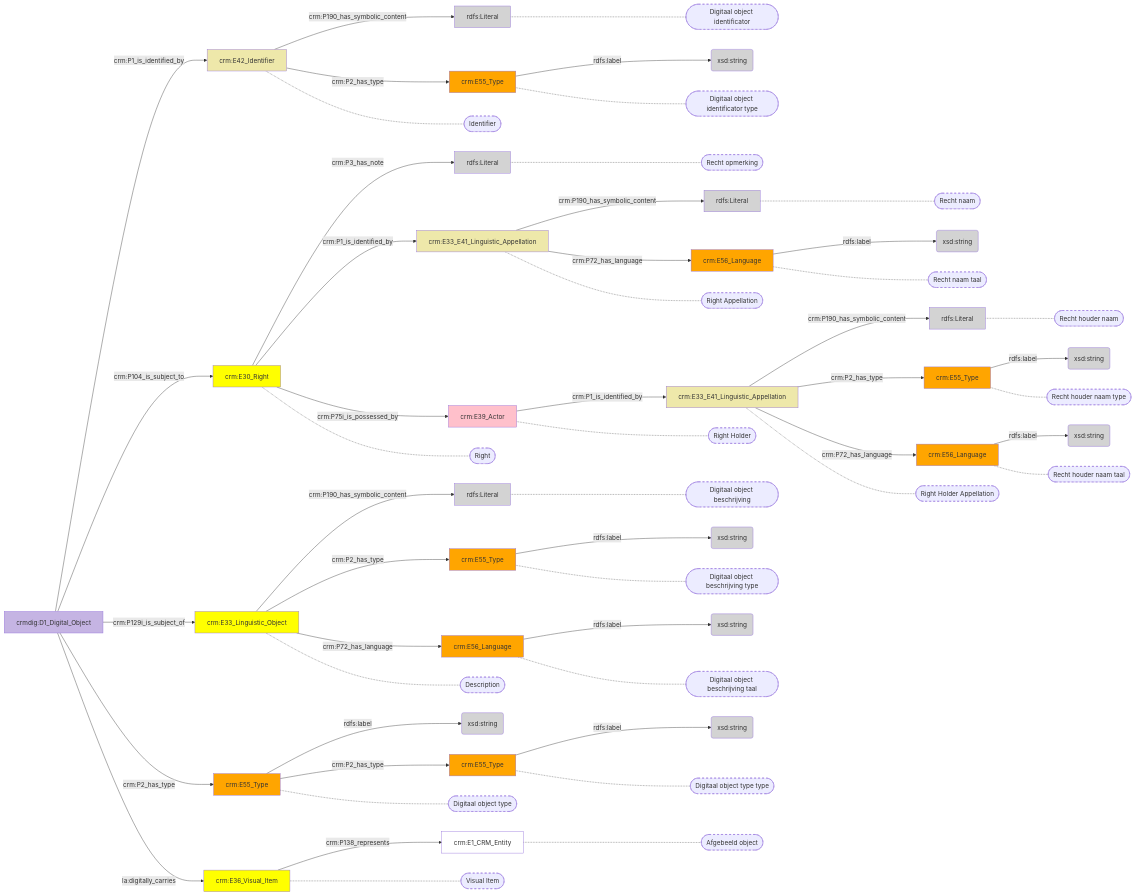
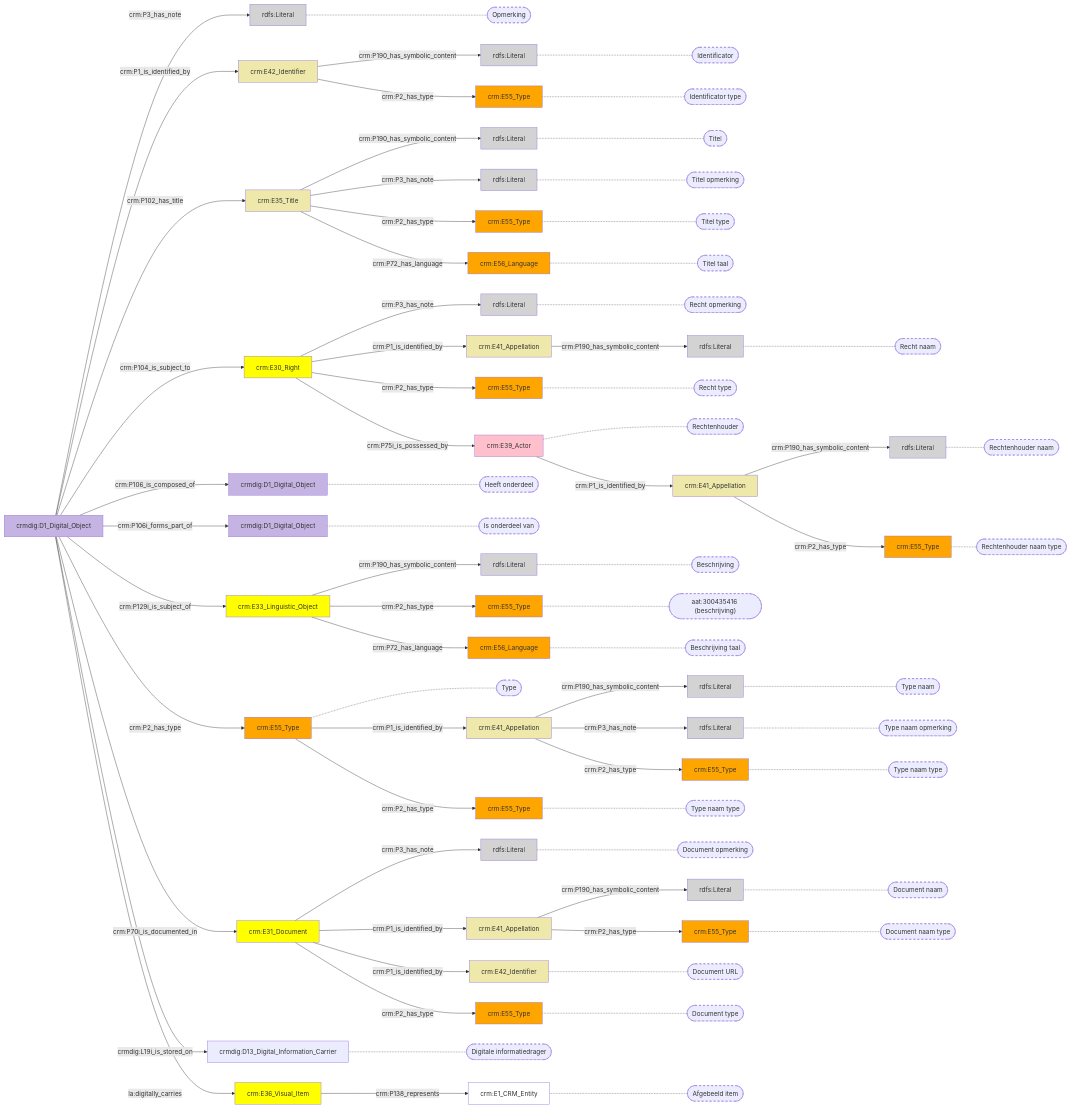
One commit to digipolisantwerpdocumentation/antwerp-cultureel-erfgoed changed the diagram in docs/content/modellen/DigitalObject.md. Above: the diagram before and after it, drawn with Mermaid. The commit also changed 170 other files, not shown here.

````diff
--- a/docs/content/modellen/DigitalObject.md
+++ b/docs/content/modellen/DigitalObject.md
@@ -1,34 +1,127 @@
 ```mermaid
 graph LR
+style 015cd780-44e6-11ef-85a7-960002548b4f fill:#EEE8AA
+style 015cdfd0-44e6-11ef-884b-960002548b4f fill:#D3D3D3
+style 015ce2c7-44e6-11ef-b606-960002548b4f fill:#ffa500
+style 015ce42f-44e6-11ef-aef4-960002548b4f fill:#D3D3D3
+style 015ce616-44e6-11ef-9fbd-960002548b4f fill:#ffa500
+style 09a8b8cd-3915-11ef-99eb-960002548b4f fill:#ffa500
+style 09a8be6b-3915-11ef-8480-960002548b4f fill:#ffa500
+style 09a8c27c-3915-11ef-bcfe-960002548b4f fill:#EEE8AA
+style 09a8c64d-3915-11ef-ae4c-960002548b4f fill:#ffff00
+style 09a8ca26-3915-11ef-9c46-960002548b4f fill:#D3D3D3
+style 09a8ccc6-3915-11ef-8ef3-960002548b4f fill:#D3D3D3
+style 09a8cef4-3915-11ef-80d7-960002548b4f fill:#EEE8AA
+style 18458e43-4443-11ef-a2db-960002548b4f fill:#C5B4E3
+style 42224a4d-4443-11ef-9b4a-960002548b4f fill:#C5B4E3
+style 8fd5a5a9-44eb-11ef-8c5b-960002548b4f fill:#EEE8AA
+style 8fd5a9c4-44eb-11ef-98bb-960002548b4f fill:#D3D3D3
+style 8fd5ab2c-44eb-11ef-a9ce-960002548b4f fill:#D3D3D3
+style 8fd5ac54-44eb-11ef-87ed-960002548b4f fill:#ffa500
+style ad7f9832-04fa-11ee-9497-96a6d2455259 fill:#EEE8AA
+style ad7fa020-04fa-11ee-9497-96a6d2455259 fill:#ffff00
+style ad7fa3fe-04fa-11ee-9497-96a6d2455259 fill:#ffa500
+style ad7fa7aa-04fa-11ee-9497-96a6d2455259 fill:#ffff00
+style ad7fab56-04fa-11ee-9497-96a6d2455259 fill:#ffff00
+style ad7fb196-04fa-11ee-9497-96a6d2455259 fill:#D3D3D3
+style ad7fb2a4-04fa-11ee-9497-96a6d2455259 fill:#ffa500
+style ad7fb3a8-04fa-11ee-9497-96a6d2455259 fill:#C5B4E3
+style ad7fb48e-04fa-11ee-9497-96a6d2455259 fill:#ffffff
+style ad7fb5ba-04fa-11ee-9497-96a6d2455259 fill:#D3D3D3
+style ad7fb7ea-04fa-11ee-9497-96a6d2455259 fill:#ffa500
+style ad7fb9fc-04fa-11ee-9497-96a6d2455259 fill:#ffa500
+style ad7fbb14-04fa-11ee-9497-96a6d2455259 fill:#ffa500
+style ad7fbe3e-04fa-11ee-9497-96a6d2455259 fill:#ffa500
+style ad7fbf56-04fa-11ee-9497-96a6d2455259 fill:#D3D3D3
+style ad7fc17c-04fa-11ee-9497-96a6d2455259 fill:#ffc0cb
+style ad7fc398-04fa-11ee-9497-96a6d2455259 fill:#EEE8AA
+style ad7fc49c-04fa-11ee-9497-96a6d2455259 fill:#D3D3D3
+style ad7fc7b2-04fa-11ee-9497-96a6d2455259 fill:#D3D3D3
+style ad7fc8ac-04fa-11ee-9497-96a6d2455259 fill:#EEE8AA
+style ba1444e7-44eb-11ef-b56c-960002548b4f fill:#D3D3D3
+style dd0dfa04-b08b-11ee-a0af-960002548b4f fill:#ffa500
+015cd780-44e6-11ef-85a7-960002548b4f["crm:E35_Title"]-->|"crm:P190_has_symbolic_content"|015ce42f-44e6-11ef-aef4-960002548b4f(rdfs:Literal)
+015cd780-44e6-11ef-85a7-960002548b4f["crm:E35_Title"]-->|"crm:P3_has_note"|015cdfd0-44e6-11ef-884b-960002548b4f(rdfs:Literal)
+09a8c27c-3915-11ef-bcfe-960002548b4f["crm:E41_Appellation"]-->|"crm:P190_has_symbolic_content"|09a8ca26-3915-11ef-9c46-960002548b4f(rdfs:Literal)
+09a8c64d-3915-11ef-ae4c-960002548b4f["crm:E31_Document"]-->|"crm:P3_has_note"|09a8ccc6-3915-11ef-8ef3-960002548b4f(rdfs:Literal)
+8fd5a5a9-44eb-11ef-8c5b-960002548b4f["crm:E41_Appellation"]-->|"crm:P190_has_symbolic_content"|8fd5ab2c-44eb-11ef-a9ce-960002548b4f(rdfs:Literal)
+8fd5a5a9-44eb-11ef-8c5b-960002548b4f["crm:E41_Appellation"]-->|"crm:P3_has_note"|8fd5a9c4-44eb-11ef-98bb-960002548b4f(rdfs:Literal)
 ad7f9832-04fa-11ee-9497-96a6d2455259["crm:E42_Identifier"]-->|"crm:P190_has_symbolic_content"|ad7fb196-04fa-11ee-9497-96a6d2455259(rdfs:Literal)
 ad7fa020-04fa-11ee-9497-96a6d2455259["crm:E33_Linguistic_Object"]-->|"crm:P190_has_symbolic_content"|ad7fb5ba-04fa-11ee-9497-96a6d2455259(rdfs:Literal)
-ad7fa3fe-04fa-11ee-9497-96a6d2455259["crm:E55_Type"]-->|"rdfs:label"|ad7fbd30-04fa-11ee-9497-96a6d2455259(xsd:string)
 ad7fab56-04fa-11ee-9497-96a6d2455259["crm:E30_Right"]-->|"crm:P3_has_note"|ad7fc7b2-04fa-11ee-9497-96a6d2455259(rdfs:Literal)
-ad7faeda-04fa-11ee-9497-96a6d2455259["crm:E56_Language"]-->|"rdfs:label"|ad7fc28a-04fa-11ee-9497-96a6d2455259(xsd:string)
-ad7fb2a4-04fa-11ee-9497-96a6d2455259["crm:E55_Type"]-->|"rdfs:label"|ad7fb074-04fa-11ee-9497-96a6d2455259(xsd:string)
-ad7fb7ea-04fa-11ee-9497-96a6d2455259["crm:E55_Type"]-->|"rdfs:label"|ad7fb6d2-04fa-11ee-9497-96a6d2455259(xsd:string)
-ad7fb9fc-04fa-11ee-9497-96a6d2455259["crm:E56_Language"]-->|"rdfs:label"|ad7fb8ee-04fa-11ee-9497-96a6d2455259(xsd:string)
-ad7fbb14-04fa-11ee-9497-96a6d2455259["crm:E55_Type"]-->|"rdfs:label"|ad7fbc18-04fa-11ee-9497-96a6d2455259(xsd:string)
-ad7fbe3e-04fa-11ee-9497-96a6d2455259["crm:E55_Type"]-->|"rdfs:label"|ad7fc05a-04fa-11ee-9497-96a6d2455259(xsd:string)
-ad7fc398-04fa-11ee-9497-96a6d2455259["crm:E33_E41_Linguistic_Appellation"]-->|"crm:P190_has_symbolic_content"|ad7fc49c-04fa-11ee-9497-96a6d2455259(rdfs:Literal)
-ad7fc5a0-04fa-11ee-9497-96a6d2455259["crm:E56_Language"]-->|"rdfs:label"|ad7fc6a4-04fa-11ee-9497-96a6d2455259(xsd:string)
-ad7fc8ac-04fa-11ee-9497-96a6d2455259["crm:E33_E41_Linguistic_Appellation"]-->|"crm:P190_has_symbolic_content"|ad7fbf56-04fa-11ee-9497-96a6d2455259(rdfs:Literal)
+ad7fb3a8-04fa-11ee-9497-96a6d2455259["crmdig:D1_Digital_Object"]-->|"crm:P3_has_note"|ba1444e7-44eb-11ef-b56c-960002548b4f(rdfs:Literal)
+ad7fc398-04fa-11ee-9497-96a6d2455259["crm:E41_Appellation"]-->|"crm:P190_has_symbolic_content"|ad7fc49c-04fa-11ee-9497-96a6d2455259(rdfs:Literal)
+ad7fc8ac-04fa-11ee-9497-96a6d2455259["crm:E41_Appellation"]-->|"crm:P190_has_symbolic_content"|ad7fbf56-04fa-11ee-9497-96a6d2455259(rdfs:Literal)
+015ce42f-44e6-11ef-aef4-960002548b4f["rdfs:Literal"]-.-015ce42f-44e6-11ef-aef4-960002548b4f_s(["Titel"])
+015ce2c7-44e6-11ef-b606-960002548b4f["crm:E55_Type"]-.-015ce2c7-44e6-11ef-b606-960002548b4f_s(["Titel type"])
+015cdfd0-44e6-11ef-884b-960002548b4f["rdfs:Literal"]-.-015cdfd0-44e6-11ef-884b-960002548b4f_s(["Titel opmerking"])
+015ce616-44e6-11ef-9fbd-960002548b4f["crm:E56_Language"]-.-015ce616-44e6-11ef-9fbd-960002548b4f_s(["Titel taal"])
+09a8ca26-3915-11ef-9c46-960002548b4f["rdfs:Literal"]-.-09a8ca26-3915-11ef-9c46-960002548b4f_s(["Document naam"])
+09a8b8cd-3915-11ef-99eb-960002548b4f["crm:E55_Type"]-.-09a8b8cd-3915-11ef-99eb-960002548b4f_s(["Document naam type"])
+09a8cef4-3915-11ef-80d7-960002548b4f["crm:E42_Identifier"]-.-09a8cef4-3915-11ef-80d7-960002548b4f_s(["Document URL"])
+09a8be6b-3915-11ef-8480-960002548b4f["crm:E55_Type"]-.-09a8be6b-3915-11ef-8480-960002548b4f_s(["Document type"])
+09a8ccc6-3915-11ef-8ef3-960002548b4f["rdfs:Literal"]-.-09a8ccc6-3915-11ef-8ef3-960002548b4f_s(["Document opmerking"])
+8fd5ab2c-44eb-11ef-a9ce-960002548b4f["rdfs:Literal"]-.-8fd5ab2c-44eb-11ef-a9ce-960002548b4f_s(["Type naam"])
+8fd5ac54-44eb-11ef-87ed-960002548b4f["crm:E55_Type"]-.-8fd5ac54-44eb-11ef-87ed-960002548b4f_s(["Type naam type"])
+8fd5a9c4-44eb-11ef-98bb-960002548b4f["rdfs:Literal"]-.-8fd5a9c4-44eb-11ef-98bb-960002548b4f_s(["Type naam opmerking"])
+ad7fb196-04fa-11ee-9497-96a6d2455259["rdfs:Literal"]-.-ad7fb196-04fa-11ee-9497-96a6d2455259_s(["Identificator"])
+ad7fb2a4-04fa-11ee-9497-96a6d2455259["crm:E55_Type"]-.-ad7fb2a4-04fa-11ee-9497-96a6d2455259_s(["Identificator type"])
+ad7fb5ba-04fa-11ee-9497-96a6d2455259["rdfs:Literal"]-.-ad7fb5ba-04fa-11ee-9497-96a6d2455259_s(["Beschrijving"])
+ad7fb7ea-04fa-11ee-9497-96a6d2455259["crm:E55_Type"]-.-ad7fb7ea-04fa-11ee-9497-96a6d2455259_s(["aat:300435416 (beschrijving)"])
+ad7fb9fc-04fa-11ee-9497-96a6d2455259["crm:E56_Language"]-.-ad7fb9fc-04fa-11ee-9497-96a6d2455259_s(["Beschrijving taal"])
+ad7fbb14-04fa-11ee-9497-96a6d2455259["crm:E55_Type"]-.-ad7fbb14-04fa-11ee-9497-96a6d2455259_s(["Type naam type"])
+ad7fb48e-04fa-11ee-9497-96a6d2455259["crm:E1_CRM_Entity"]-.-ad7fb48e-04fa-11ee-9497-96a6d2455259_s(["Afgebeeld item"])
+dd0dfa04-b08b-11ee-a0af-960002548b4f["crm:E55_Type"]-.-dd0dfa04-b08b-11ee-a0af-960002548b4f_s(["Recht type"])
+ad7fc7b2-04fa-11ee-9497-96a6d2455259["rdfs:Literal"]-.-ad7fc7b2-04fa-11ee-9497-96a6d2455259_s(["Recht opmerking"])
+ad7fc17c-04fa-11ee-9497-96a6d2455259["crm:E39_Actor"]-.-ad7fc17c-04fa-11ee-9497-96a6d2455259_s(["Rechtenhouder"])
+18458e43-4443-11ef-a2db-960002548b4f["crmdig:D1_Digital_Object"]-.-18458e43-4443-11ef-a2db-960002548b4f_s(["Heeft onderdeel"])
+42224a4d-4443-11ef-9b4a-960002548b4f["crmdig:D1_Digital_Object"]-.-42224a4d-4443-11ef-9b4a-960002548b4f_s(["Is onderdeel van"])
+ad7fa3fe-04fa-11ee-9497-96a6d2455259["crm:E55_Type"]-.-ad7fa3fe-04fa-11ee-9497-96a6d2455259_s(["Type"])
+ba1444e7-44eb-11ef-b56c-960002548b4f["rdfs:Literal"]-.-ba1444e7-44eb-11ef-b56c-960002548b4f_s(["Opmerking"])
+20c867d7-3915-11ef-8cbf-960002548b4f["crmdig:D13_Digital_Information_Carrier"]-.-20c867d7-3915-11ef-8cbf-960002548b4f_s(["Digitale informatiedrager"])
+ad7fc49c-04fa-11ee-9497-96a6d2455259["rdfs:Literal"]-.-ad7fc49c-04fa-11ee-9497-96a6d2455259_s(["Recht naam"])
+ad7fbf56-04fa-11ee-9497-96a6d2455259["rdfs:Literal"]-.-ad7fbf56-04fa-11ee-9497-96a6d2455259_s(["Rechtenhouder naam"])
+ad7fbe3e-04fa-11ee-9497-96a6d2455259["crm:E55_Type"]-.-ad7fbe3e-04fa-11ee-9497-96a6d2455259_s(["Rechtenhouder naam type"])
+015cd780-44e6-11ef-85a7-960002548b4f["crm:E35_Title"]-->|"crm:P2_has_type"|015ce2c7-44e6-11ef-b606-960002548b4f["crm:E55_Type"]
+015cd780-44e6-11ef-85a7-960002548b4f["crm:E35_Title"]-->|"crm:P72_has_language"|015ce616-44e6-11ef-9fbd-960002548b4f["crm:E56_Language"]
+09a8c27c-3915-11ef-bcfe-960002548b4f["crm:E41_Appellation"]-->|"crm:P2_has_type"|09a8b8cd-3915-11ef-99eb-960002548b4f["crm:E55_Type"]
+09a8c64d-3915-11ef-ae4c-960002548b4f["crm:E31_Document"]-->|"crm:P1_is_identified_by"|09a8c27c-3915-11ef-bcfe-960002548b4f["crm:E41_Appellation"]
+09a8c64d-3915-11ef-ae4c-960002548b4f["crm:E31_Document"]-->|"crm:P1_is_identified_by"|09a8cef4-3915-11ef-80d7-960002548b4f["crm:E42_Identifier"]
+09a8c64d-3915-11ef-ae4c-960002548b4f["crm:E31_Document"]-->|"crm:P2_has_type"|09a8be6b-3915-11ef-8480-960002548b4f["crm:E55_Type"]
+8fd5a5a9-44eb-11ef-8c5b-960002548b4f["crm:E41_Appellation"]-->|"crm:P2_has_type"|8fd5ac54-44eb-11ef-87ed-960002548b4f["crm:E55_Type"]
 ad7f9832-04fa-11ee-9497-96a6d2455259["crm:E42_Identifier"]-->|"crm:P2_has_type"|ad7fb2a4-04fa-11ee-9497-96a6d2455259["crm:E55_Type"]
 ad7fa020-04fa-11ee-9497-96a6d2455259["crm:E33_Linguistic_Object"]-->|"crm:P2_has_type"|ad7fb7ea-04fa-11ee-9497-96a6d2455259["crm:E55_Type"]
 ad7fa020-04fa-11ee-9497-96a6d2455259["crm:E33_Linguistic_Object"]-->|"crm:P72_has_language"|ad7fb9fc-04fa-11ee-9497-96a6d2455259["crm:E56_Language"]
+ad7fa3fe-04fa-11ee-9497-96a6d2455259["crm:E55_Type"]-->|"crm:P1_is_identified_by"|8fd5a5a9-44eb-11ef-8c5b-960002548b4f["crm:E41_Appellation"]
 ad7fa3fe-04fa-11ee-9497-96a6d2455259["crm:E55_Type"]-->|"crm:P2_has_type"|ad7fbb14-04fa-11ee-9497-96a6d2455259["crm:E55_Type"]
 ad7fa7aa-04fa-11ee-9497-96a6d2455259["crm:E36_Visual_Item"]-->|"crm:P138_represents"|ad7fb48e-04fa-11ee-9497-96a6d2455259["crm:E1_CRM_Entity"]
-ad7fab56-04fa-11ee-9497-96a6d2455259["crm:E30_Right"]-->|"crm:P1_is_identified_by"|ad7fc398-04fa-11ee-9497-96a6d2455259["crm:E33_E41_Linguistic_Appellation"]
+ad7fab56-04fa-11ee-9497-96a6d2455259["crm:E30_Right"]-->|"crm:P1_is_identified_by"|ad7fc398-04fa-11ee-9497-96a6d2455259["crm:E41_Appellation"]
+ad7fab56-04fa-11ee-9497-96a6d2455259["crm:E30_Right"]-->|"crm:P2_has_type"|dd0dfa04-b08b-11ee-a0af-960002548b4f["crm:E55_Type"]
 ad7fab56-04fa-11ee-9497-96a6d2455259["crm:E30_Right"]-->|"crm:P75i_is_possessed_by"|ad7fc17c-04fa-11ee-9497-96a6d2455259["crm:E39_Actor"]
 ad7fb3a8-04fa-11ee-9497-96a6d2455259["crmdig:D1_Digital_Object"]-->|"crm:P1_is_identified_by"|ad7f9832-04fa-11ee-9497-96a6d2455259["crm:E42_Identifier"]
+ad7fb3a8-04fa-11ee-9497-96a6d2455259["crmdig:D1_Digital_Object"]-->|"crm:P102_has_title"|015cd780-44e6-11ef-85a7-960002548b4f["crm:E35_Title"]
 ad7fb3a8-04fa-11ee-9497-96a6d2455259["crmdig:D1_Digital_Object"]-->|"crm:P104_is_subject_to"|ad7fab56-04fa-11ee-9497-96a6d2455259["crm:E30_Right"]
+ad7fb3a8-04fa-11ee-9497-96a6d2455259["crmdig:D1_Digital_Object"]-->|"crm:P106_is_composed_of"|18458e43-4443-11ef-a2db-960002548b4f["crmdig:D1_Digital_Object"]
+ad7fb3a8-04fa-11ee-9497-96a6d2455259["crmdig:D1_Digital_Object"]-->|"crm:P106i_forms_part_of"|42224a4d-4443-11ef-9b4a-960002548b4f["crmdig:D1_Digital_Object"]
 ad7fb3a8-04fa-11ee-9497-96a6d2455259["crmdig:D1_Digital_Object"]-->|"crm:P129i_is_subject_of"|ad7fa020-04fa-11ee-9497-96a6d2455259["crm:E33_Linguistic_Object"]
 ad7fb3a8-04fa-11ee-9497-96a6d2455259["crmdig:D1_Digital_Object"]-->|"crm:P2_has_type"|ad7fa3fe-04fa-11ee-9497-96a6d2455259["crm:E55_Type"]
+ad7fb3a8-04fa-11ee-9497-96a6d2455259["crmdig:D1_Digital_Object"]-->|"crm:P70i_is_documented_in"|09a8c64d-3915-11ef-ae4c-960002548b4f["crm:E31_Document"]
+ad7fb3a8-04fa-11ee-9497-96a6d2455259["crmdig:D1_Digital_Object"]-->|"crmdig:L19i_is_stored_on"|20c867d7-3915-11ef-8cbf-960002548b4f["crmdig:D13_Digital_Information_Carrier"]
 ad7fb3a8-04fa-11ee-9497-96a6d2455259["crmdig:D1_Digital_Object"]-->|"la:digitally_carries"|ad7fa7aa-04fa-11ee-9497-96a6d2455259["crm:E36_Visual_Item"]
-ad7fc17c-04fa-11ee-9497-96a6d2455259["crm:E39_Actor"]-->|"crm:P1_is_identified_by"|ad7fc8ac-04fa-11ee-9497-96a6d2455259["crm:E33_E41_Linguistic_Appellation"]
-ad7fc398-04fa-11ee-9497-96a6d2455259["crm:E33_E41_Linguistic_Appellation"]-->|"crm:P72_has_language"|ad7fc5a0-04fa-11ee-9497-96a6d2455259["crm:E56_Language"]
-ad7fc8ac-04fa-11ee-9497-96a6d2455259["crm:E33_E41_Linguistic_Appellation"]-->|"crm:P2_has_type"|ad7fbe3e-04fa-11ee-9497-96a6d2455259["crm:E55_Type"]
-ad7fc8ac-04fa-11ee-9497-96a6d2455259["crm:E33_E41_Linguistic_Appellation"]-->|"crm:P72_has_language"|ad7faeda-04fa-11ee-9497-96a6d2455259["crm:E56_Language"]
+ad7fc17c-04fa-11ee-9497-96a6d2455259["crm:E39_Actor"]-->|"crm:P1_is_identified_by"|ad7fc8ac-04fa-11ee-9497-96a6d2455259["crm:E41_Appellation"]
+ad7fc8ac-04fa-11ee-9497-96a6d2455259["crm:E41_Appellation"]-->|"crm:P2_has_type"|ad7fbe3e-04fa-11ee-9497-96a6d2455259["crm:E55_Type"]
+style 015ce42f-44e6-11ef-aef4-960002548b4f_s stroke-dasharray: 5
+style 015ce2c7-44e6-11ef-b606-960002548b4f_s stroke-dasharray: 5
+style 015cdfd0-44e6-11ef-884b-960002548b4f_s stroke-dasharray: 5
+style 015ce616-44e6-11ef-9fbd-960002548b4f_s stroke-dasharray: 5
+style 09a8ca26-3915-11ef-9c46-960002548b4f_s stroke-dasharray: 5
+style 09a8b8cd-3915-11ef-99eb-960002548b4f_s stroke-dasharray: 5
+style 09a8cef4-3915-11ef-80d7-960002548b4f_s stroke-dasharray: 5
+style 09a8be6b-3915-11ef-8480-960002548b4f_s stroke-dasharray: 5
+style 09a8ccc6-3915-11ef-8ef3-960002548b4f_s stroke-dasharray: 5
+style 8fd5ab2c-44eb-11ef-a9ce-960002548b4f_s stroke-dasharray: 5
+style 8fd5ac54-44eb-11ef-87ed-960002548b4f_s stroke-dasharray: 5
+style 8fd5a9c4-44eb-11ef-98bb-960002548b4f_s stroke-dasharray: 5
 style ad7fb196-04fa-11ee-9497-96a6d2455259_s stroke-dasharray: 5
 style ad7fb2a4-04fa-11ee-9497-96a6d2455259_s stroke-dasharray: 5
 style ad7fb5ba-04fa-11ee-9497-96a6d2455259_s stroke-dasharray: 5
@@ -36,69 +129,15 @@
 style ad7fb9fc-04fa-11ee-9497-96a6d2455259_s stroke-dasharray: 5
 style ad7fbb14-04fa-11ee-9497-96a6d2455259_s stroke-dasharray: 5
 style ad7fb48e-04fa-11ee-9497-96a6d2455259_s stroke-dasharray: 5
-style ad7fc398-04fa-11ee-9497-96a6d2455259_s stroke-dasharray: 5
+style dd0dfa04-b08b-11ee-a0af-960002548b4f_s stroke-dasharray: 5
 style ad7fc7b2-04fa-11ee-9497-96a6d2455259_s stroke-dasharray: 5
 style ad7fc17c-04fa-11ee-9497-96a6d2455259_s stroke-dasharray: 5
-style ad7f9832-04fa-11ee-9497-96a6d2455259_s stroke-dasharray: 5
-style ad7fab56-04fa-11ee-9497-96a6d2455259_s stroke-dasharray: 5
-style ad7fa020-04fa-11ee-9497-96a6d2455259_s stroke-dasharray: 5
+style 18458e43-4443-11ef-a2db-960002548b4f_s stroke-dasharray: 5
+style 42224a4d-4443-11ef-9b4a-960002548b4f_s stroke-dasharray: 5
 style ad7fa3fe-04fa-11ee-9497-96a6d2455259_s stroke-dasharray: 5
-style ad7fa7aa-04fa-11ee-9497-96a6d2455259_s stroke-dasharray: 5
-style ad7fc8ac-04fa-11ee-9497-96a6d2455259_s stroke-dasharray: 5
+style ba1444e7-44eb-11ef-b56c-960002548b4f_s stroke-dasharray: 5
+style 20c867d7-3915-11ef-8cbf-960002548b4f_s stroke-dasharray: 5
 style ad7fc49c-04fa-11ee-9497-96a6d2455259_s stroke-dasharray: 5
-style ad7fc5a0-04fa-11ee-9497-96a6d2455259_s stroke-dasharray: 5
 style ad7fbf56-04fa-11ee-9497-96a6d2455259_s stroke-dasharray: 5
 style ad7fbe3e-04fa-11ee-9497-96a6d2455259_s stroke-dasharray: 5
-style ad7faeda-04fa-11ee-9497-96a6d2455259_s stroke-dasharray: 5
-ad7fb196-04fa-11ee-9497-96a6d2455259["rdfs:Literal"]-.-ad7fb196-04fa-11ee-9497-96a6d2455259_s(["Digitaal object identificator"])
-ad7fb2a4-04fa-11ee-9497-96a6d2455259["crm:E55_Type"]-.-ad7fb2a4-04fa-11ee-9497-96a6d2455259_s(["Digitaal object identificator type"])
-ad7fb5ba-04fa-11ee-9497-96a6d2455259["rdfs:Literal"]-.-ad7fb5ba-04fa-11ee-9497-96a6d2455259_s(["Digitaal object beschrijving"])
-ad7fb7ea-04fa-11ee-9497-96a6d2455259["crm:E55_Type"]-.-ad7fb7ea-04fa-11ee-9497-96a6d2455259_s(["Digitaal object beschrijving type"])
-ad7fb9fc-04fa-11ee-9497-96a6d2455259["crm:E56_Language"]-.-ad7fb9fc-04fa-11ee-9497-96a6d2455259_s(["Digitaal object beschrijving taal"])
-ad7fbb14-04fa-11ee-9497-96a6d2455259["crm:E55_Type"]-.-ad7fbb14-04fa-11ee-9497-96a6d2455259_s(["Digitaal object type type"])
-ad7fb48e-04fa-11ee-9497-96a6d2455259["crm:E1_CRM_Entity"]-.-ad7fb48e-04fa-11ee-9497-96a6d2455259_s(["Afgebeeld object"])
-ad7fc398-04fa-11ee-9497-96a6d2455259["crm:E33_E41_Linguistic_Appellation"]-.-ad7fc398-04fa-11ee-9497-96a6d2455259_s(["Right Appellation"])
-ad7fc7b2-04fa-11ee-9497-96a6d2455259["rdfs:Literal"]-.-ad7fc7b2-04fa-11ee-9497-96a6d2455259_s(["Recht opmerking"])
-ad7fc17c-04fa-11ee-9497-96a6d2455259["crm:E39_Actor"]-.-ad7fc17c-04fa-11ee-9497-96a6d2455259_s(["Right Holder"])
-ad7f9832-04fa-11ee-9497-96a6d2455259["crm:E42_Identifier"]-.-ad7f9832-04fa-11ee-9497-96a6d2455259_s(["Identifier"])
-ad7fab56-04fa-11ee-9497-96a6d2455259["crm:E30_Right"]-.-ad7fab56-04fa-11ee-9497-96a6d2455259_s(["Right"])
-ad7fa020-04fa-11ee-9497-96a6d2455259["crm:E33_Linguistic_Object"]-.-ad7fa020-04fa-11ee-9497-96a6d2455259_s(["Description"])
-ad7fa3fe-04fa-11ee-9497-96a6d2455259["crm:E55_Type"]-.-ad7fa3fe-04fa-11ee-9497-96a6d2455259_s(["Digitaal object type"])
-ad7fa7aa-04fa-11ee-9497-96a6d2455259["crm:E36_Visual_Item"]-.-ad7fa7aa-04fa-11ee-9497-96a6d2455259_s(["Visual Item"])
-ad7fc8ac-04fa-11ee-9497-96a6d2455259["crm:E33_E41_Linguistic_Appellation"]-.-ad7fc8ac-04fa-11ee-9497-96a6d2455259_s(["Right Holder Appellation"])
-ad7fc49c-04fa-11ee-9497-96a6d2455259["rdfs:Literal"]-.-ad7fc49c-04fa-11ee-9497-96a6d2455259_s(["Recht naam"])
-ad7fc5a0-04fa-11ee-9497-96a6d2455259["crm:E56_Language"]-.-ad7fc5a0-04fa-11ee-9497-96a6d2455259_s(["Recht naam taal"])
-ad7fbf56-04fa-11ee-9497-96a6d2455259["rdfs:Literal"]-.-ad7fbf56-04fa-11ee-9497-96a6d2455259_s(["Recht houder naam"])
-ad7fbe3e-04fa-11ee-9497-96a6d2455259["crm:E55_Type"]-.-ad7fbe3e-04fa-11ee-9497-96a6d2455259_s(["Recht houder naam type"])
-ad7faeda-04fa-11ee-9497-96a6d2455259["crm:E56_Language"]-.-ad7faeda-04fa-11ee-9497-96a6d2455259_s(["Recht houder naam taal"])
-style ad7f9832-04fa-11ee-9497-96a6d2455259 fill:#EEE8AA
-style ad7fa020-04fa-11ee-9497-96a6d2455259 fill:#ffff00
-style ad7fa3fe-04fa-11ee-9497-96a6d2455259 fill:#ffa500
-style ad7fa7aa-04fa-11ee-9497-96a6d2455259 fill:#ffff00
-style ad7fab56-04fa-11ee-9497-96a6d2455259 fill:#ffff00
-style ad7faeda-04fa-11ee-9497-96a6d2455259 fill:#ffa500
-style ad7fb074-04fa-11ee-9497-96a6d2455259 fill:#D3D3D3
-style ad7fb196-04fa-11ee-9497-96a6d2455259 fill:#D3D3D3
-style ad7fb2a4-04fa-11ee-9497-96a6d2455259 fill:#ffa500
-style ad7fb3a8-04fa-11ee-9497-96a6d2455259 fill:#C5B4E3
-style ad7fb48e-04fa-11ee-9497-96a6d2455259 fill:#ffffff
-style ad7fb5ba-04fa-11ee-9497-96a6d2455259 fill:#D3D3D3
-style ad7fb6d2-04fa-11ee-9497-96a6d2455259 fill:#D3D3D3
-style ad7fb7ea-04fa-11ee-9497-96a6d2455259 fill:#ffa500
-style ad7fb8ee-04fa-11ee-9497-96a6d2455259 fill:#D3D3D3
-style ad7fb9fc-04fa-11ee-9497-96a6d2455259 fill:#ffa500
-style ad7fbb14-04fa-11ee-9497-96a6d2455259 fill:#ffa500
-style ad7fbc18-04fa-11ee-9497-96a6d2455259 fill:#D3D3D3
-style ad7fbd30-04fa-11ee-9497-96a6d2455259 fill:#D3D3D3
-style ad7fbe3e-04fa-11ee-9497-96a6d2455259 fill:#ffa500
-style ad7fbf56-04fa-11ee-9497-96a6d2455259 fill:#D3D3D3
-style ad7fc05a-04fa-11ee-9497-96a6d2455259 fill:#D3D3D3
-style ad7fc17c-04fa-11ee-9497-96a6d2455259 fill:#ffc0cb
-style ad7fc28a-04fa-11ee-9497-96a6d2455259 fill:#D3D3D3
-style ad7fc398-04fa-11ee-9497-96a6d2455259 fill:#EEE8AA
-style ad7fc49c-04fa-11ee-9497-96a6d2455259 fill:#D3D3D3
-style ad7fc5a0-04fa-11ee-9497-96a6d2455259 fill:#ffa500
-style ad7fc6a4-04fa-11ee-9497-96a6d2455259 fill:#D3D3D3
-style ad7fc7b2-04fa-11ee-9497-96a6d2455259 fill:#D3D3D3
-style ad7fc8ac-04fa-11ee-9497-96a6d2455259 fill:#EEE8AA
 ```
````
